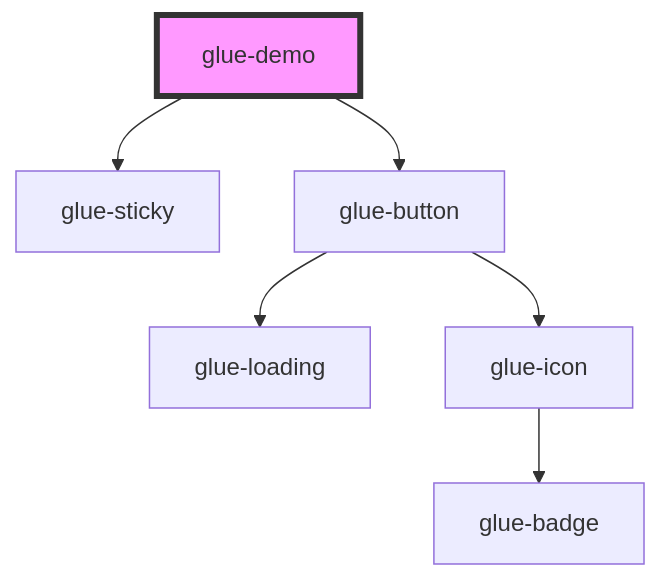
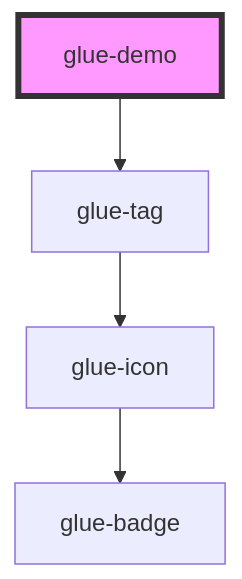
One commit to grasilife/glue changed the diagram in packages/glue-components/src/components/glue-demo/readme.md. Above: the diagram before and after it, drawn with Mermaid. The commit also changed other lines of this file and 13 other files, not shown here.

````diff
--- a/packages/glue-components/src/components/glue-demo/readme.md
+++ b/packages/glue-components/src/components/glue-demo/readme.md
@@ -16,9 +15,7 @@
 ```mermaid
 graph TD;
-  glue-demo --> glue-sticky
-  glue-demo --> glue-button
-  glue-button --> glue-loading
-  glue-button --> glue-icon
+  glue-demo --> glue-tag
+  glue-tag --> glue-icon
   glue-icon --> glue-badge
   style glue-demo fill:#f9f,stroke:#333,stroke-width:4px
 ```
````
